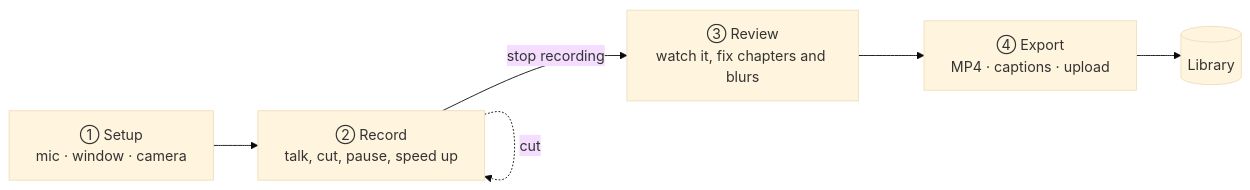
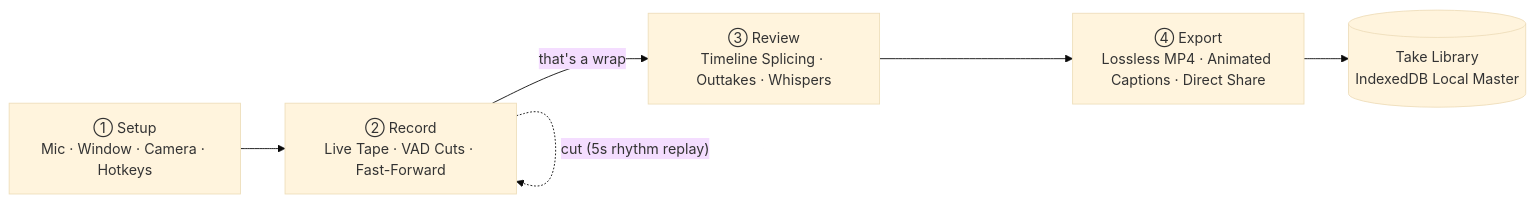
One commit to ScRocXx/Take1 changed the first of 2 diagrams in README.md. Above: the diagram before and after it, drawn with Mermaid (base theme). The commit also changed other lines of this file, not shown here.

Commit message:
docs: elevate README with evaluator scorecard, architecture deep-dive, and technical benchmarks

````diff
--- a/README.md
+++ b/README.md
@@ -54,8 +82,8 @@
 ```mermaid
 flowchart LR
-    A["① Setup<br/>mic · window · camera"] --> B["② Record<br/>talk, cut, pause, speed up"]
-    B -->|"stop recording"| C["③ Review<br/>watch it, fix chapters and blurs"]
-    C --> D["④ Export<br/>MP4 · captions · upload"]
-    D --> L[("Library")]
-    B -. "cut" .-> B
+    A["① Setup<br/>Mic · Window · Camera · Hotkeys"] --> B["② Record<br/>Live Tape · VAD Cuts · Fast-Forward"]
+    B -->|"that's a wrap"| C["③ Review<br/>Timeline Splicing · Outtakes · Whispers"]
+    C --> D["④ Export<br/>Lossless MP4 · Animated Captions · Direct Share"]
+    D --> L[("Take Library<br/>IndexedDB Local Master")]
+    B -. "cut (5s rhythm replay)" .-> B
 ```
````
